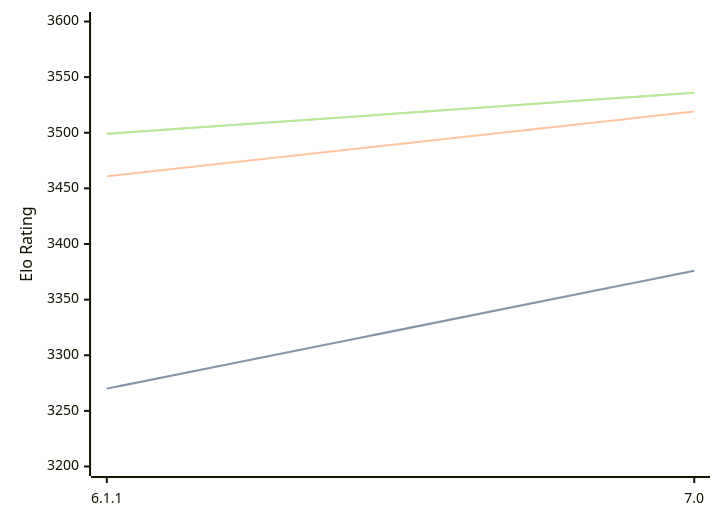
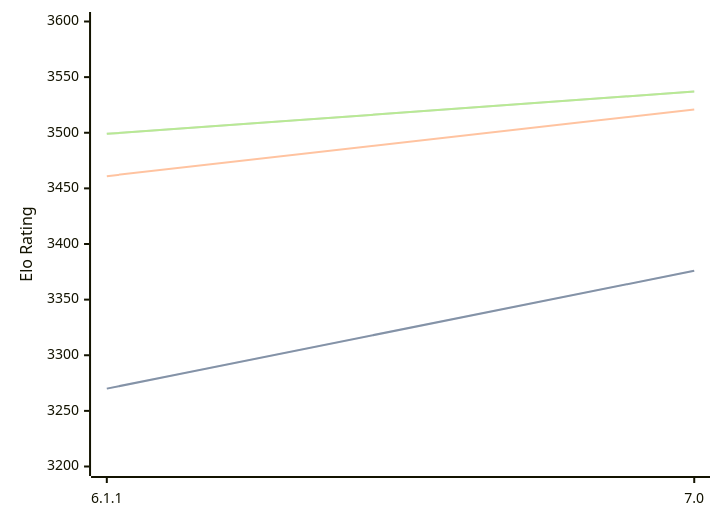
One commit to computer-chess-index/cci changed the diagram in engines/Astra.md. Above: the diagram before and after it, drawn with Mermaid. The commit also changed other lines of this file, not shown here.

Commit message:
Update CCI Ratings (ELO VLTC) - 2026-07-23

````diff
--- a/engines/Astra.md
+++ b/engines/Astra.md
@@ -44,11 +44,11 @@
 ```mermaid
 %%{init: {"theme":"base","themeVariables":{"seriesColors:['#a3a3a3','#222221','#faa371']}}}%%
 xychart-beta
   x-axis ["6.1.1", "7.0"]
   y-axis "Elo Rating" 3200 --> 3600
   line "STC (8.0+0.08s)" [3270, 3376]
   line "STC (8.0+0.08s)" [3270, 3376]
-  line "LTC (60.0+0.60s)" [3461, 3519]
-  line "VLTC (2m24s+1.12s)" [3499, 3536]
-  line "VLTC (2m24s+1.12s)" [3499, 3536]
+  line "LTC (60.0+0.60s)" [3461, 3521]
+  line "VLTC (2m24s+1.12s)" [3499, 3537]
+  line "VLTC (2m24s+1.12s)" [3499, 3537]
 ```
````
